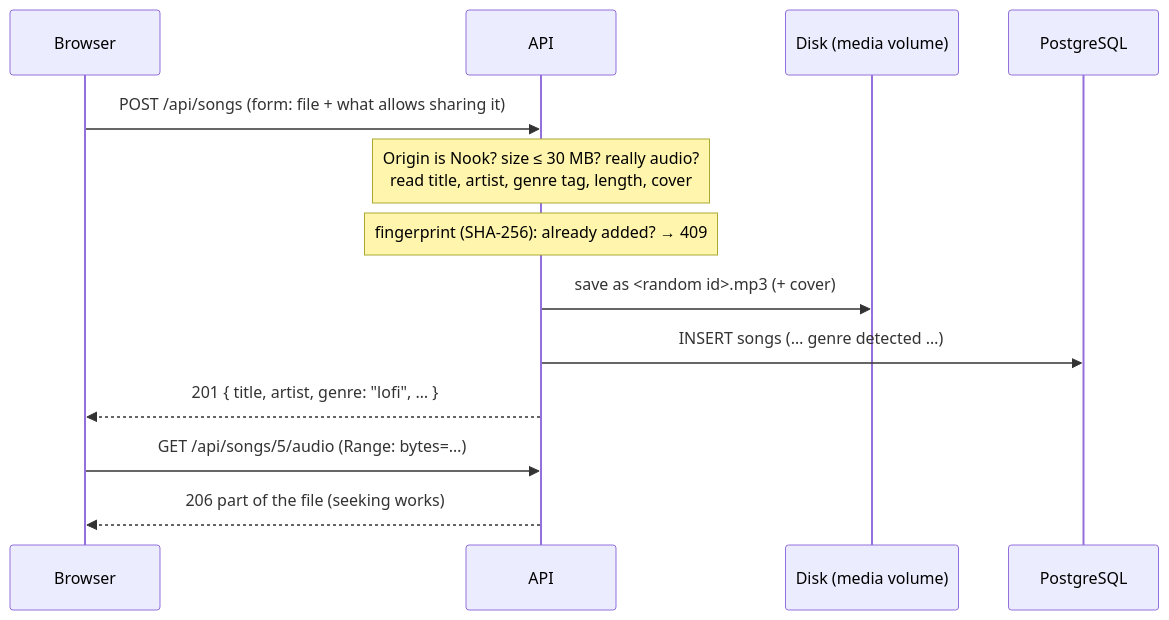
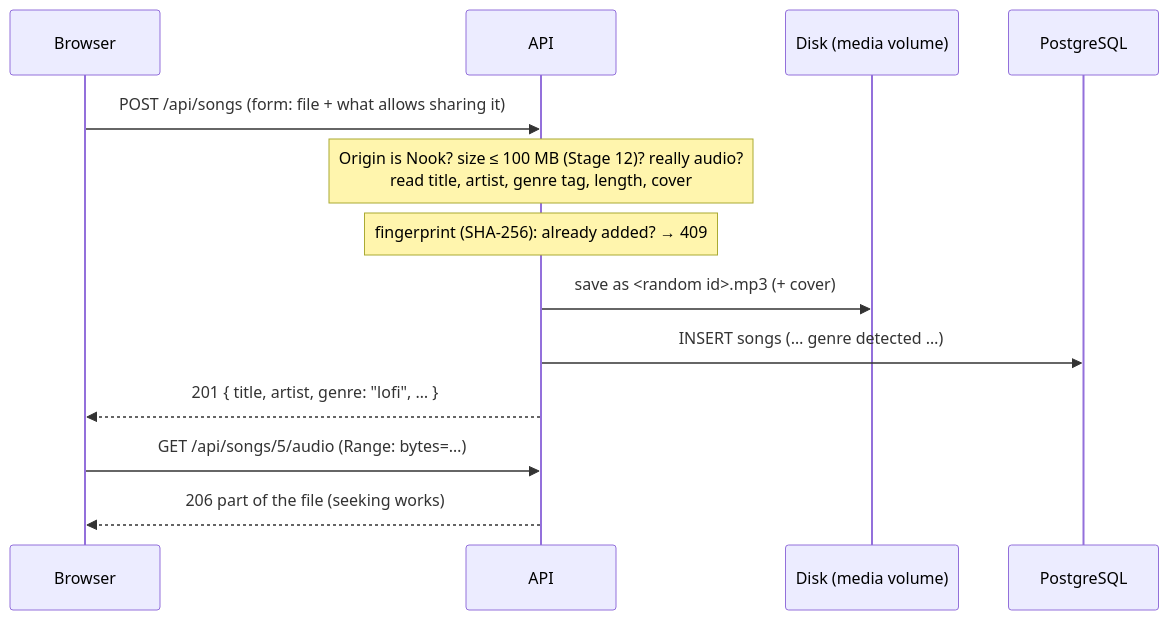
Before and after one commit to tqhung431/MyWeb: the third of 3 diagrams in docs/stage-8.md, drawn with Mermaid. The commit also changed 9 other files, not shown here.

````diff
--- a/docs/stage-8.md
+++ b/docs/stage-8.md
@@ -99,15 +99,15 @@
 ```mermaid
 sequenceDiagram
     participant B as Browser
     participant A as API
     participant D as Disk (media volume)
     participant P as PostgreSQL
     B->>A: POST /api/songs (form: file + what allows sharing it)
-    Note over A: Origin is Nook? size ≤ 30 MB? really audio?<br/>read title, artist, genre tag, length, cover
+    Note over A: Origin is Nook? size ≤ 100 MB (Stage 12)? really audio?<br/>read title, artist, genre tag, length, cover
     Note over A: fingerprint (SHA-256): already added? → 409
     A->>D: save as <random id>.mp3 (+ cover)
     A->>P: INSERT songs (… genre detected …)
     A-->>B: 201 { title, artist, genre: "lofi", … }
     B->>A: GET /api/songs/5/audio  (Range: bytes=…)
     A-->>B: 206 part of the file (seeking works)
 ```
````
